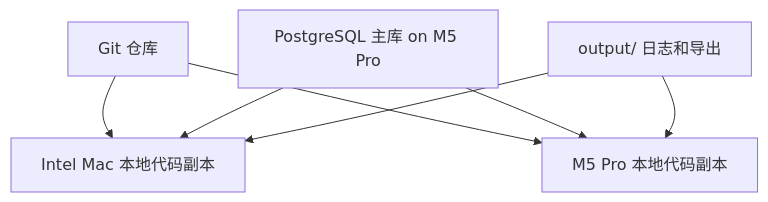
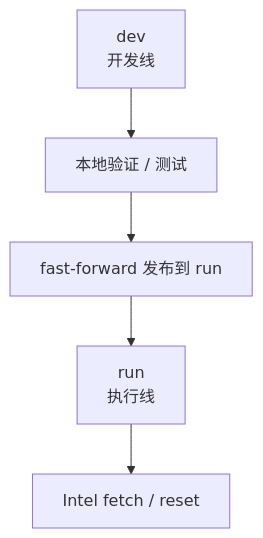
Before and after one commit to Timcai06/SPM: the second of 2 diagrams in DUAL_MACHINE_ARCHITECTURE.md, drawn with Mermaid. The commit also changed other lines of this file and 1 other file, not shown here.

````diff
--- a/DUAL_MACHINE_ARCHITECTURE.md
+++ b/DUAL_MACHINE_ARCHITECTURE.md
@@ -566,9 +184,7 @@
 ```mermaid
 flowchart TD
-  A["Git 仓库"] --> B["Intel Mac 本地代码副本"]
-  A --> C["M5 Pro 本地代码副本"]
-  D["PostgreSQL 主库 on M5 Pro"] --> B
-  D --> C
-  E["output/ 日志和导出"] --> B
-  E --> C
+    A["dev<br/>开发线"] --> B["本地验证 / 测试"]
+    B --> C["fast-forward 发布到 run"]
+    C --> D["run<br/>执行线"]
+    D --> E["Intel fetch / reset"]
 ```
````
